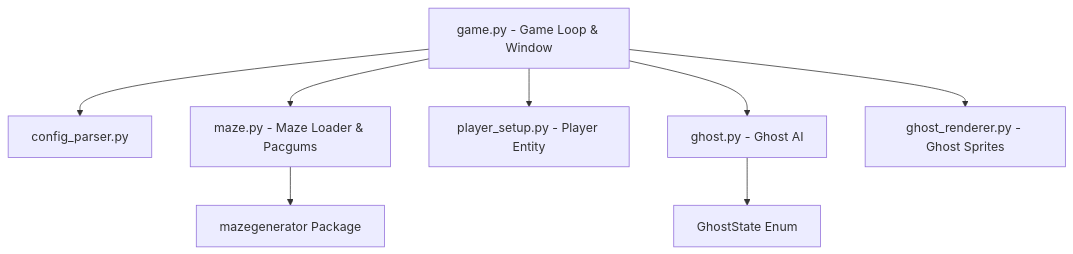
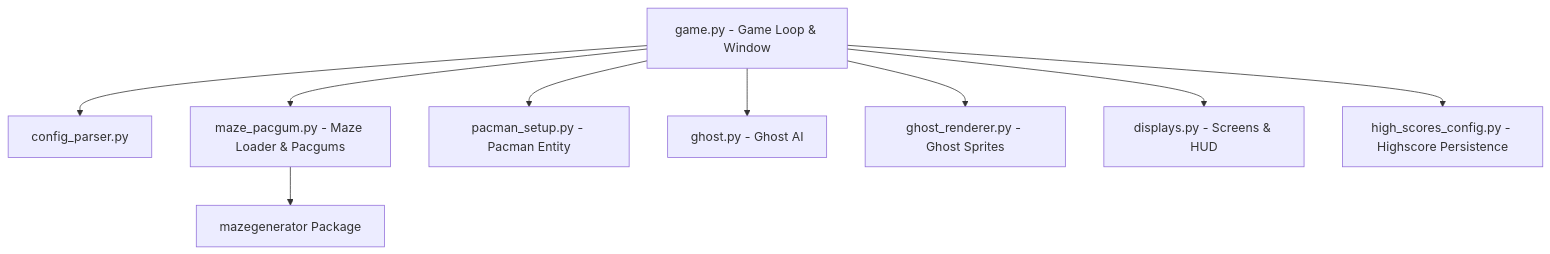
Before and after one commit to yazeedbarakat/Pacman: the diagram in README.md, drawn with Mermaid. The commit also changed other lines of this file and 16 other files, not shown here.

````diff
--- a/README.md
+++ b/README.md
@@ -107,10 +110,11 @@
 ```mermaid
 graph TD
     A[game.py - Game Loop & Window] --> B[config_parser.py]
-    A --> C[maze.py - Maze Loader & Pacgums]
-    A --> D[player_setup.py - Player Entity]
+    A --> C[maze_pacgum.py - Maze Loader & Pacgums]
+    A --> D[pacman_setup.py - Pacman Entity]
     A --> E[ghost.py - Ghost AI]
     A --> F[ghost_renderer.py - Ghost Sprites]
+    A --> H[displays.py - Screens & HUD]
+    A --> I[high_scores_config.py - Highscore Persistence]
     C --> G[mazegenerator Package]
-    E --> H[GhostState Enum]
 ```
````
